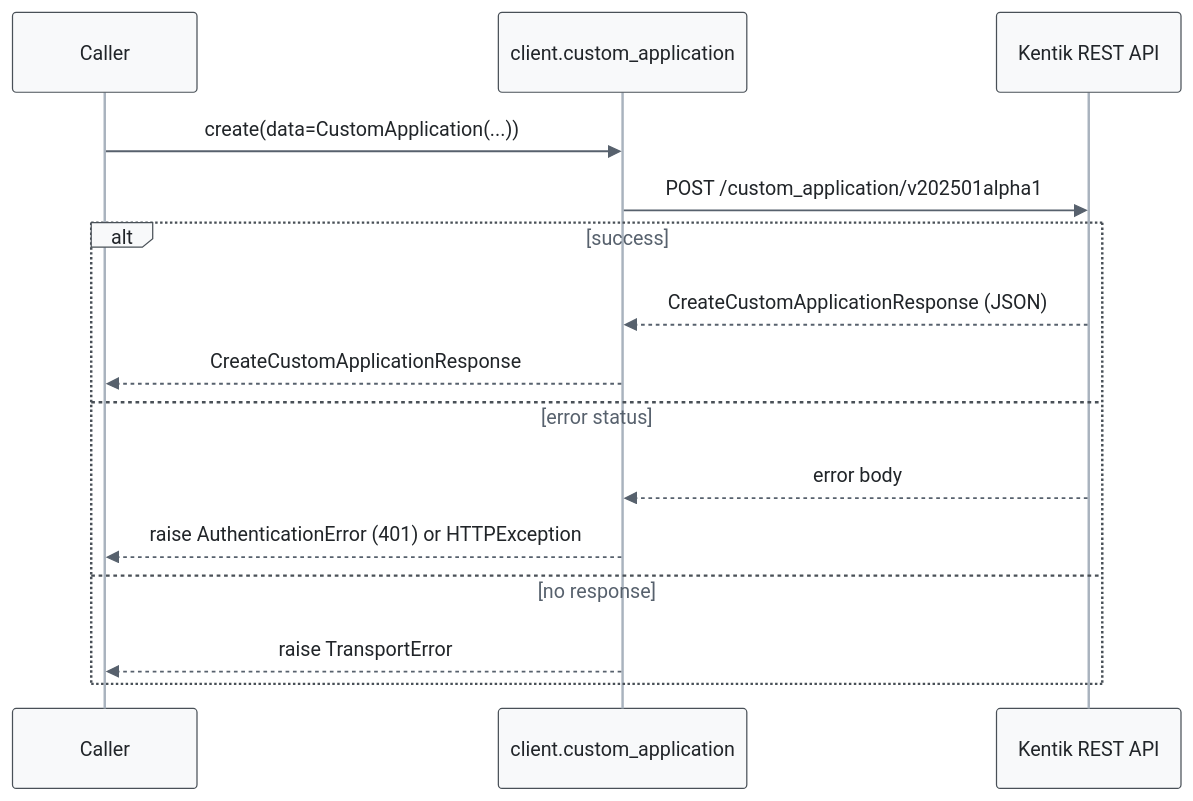
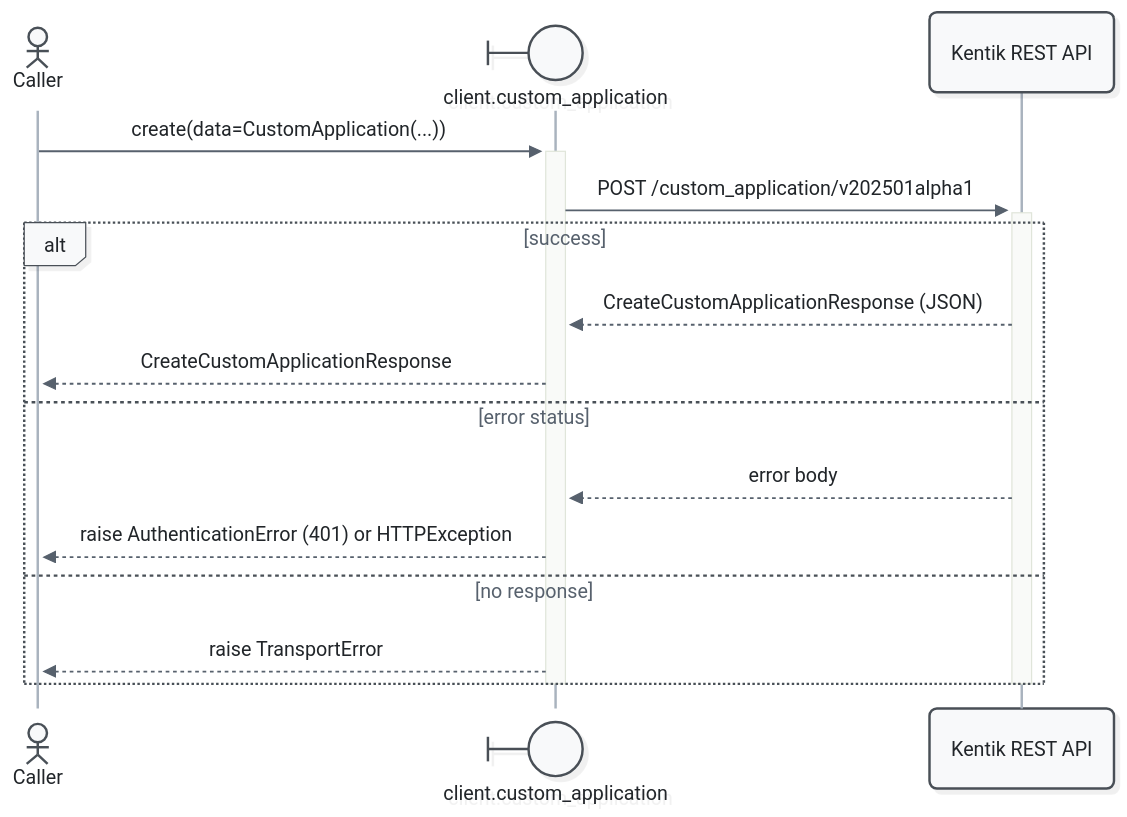
One commit to alexdearaujo/community_sdk_python changed the third of 11 diagrams in docs/sphinx/services/custom_application.md. Above: the diagram before and after it, drawn with Mermaid. The commit also changed other lines of this file and 52 other files, not shown here.

First line of the commit message:
docs: Mermaid 12 sequence diagrams with participant types and path colors

````diff
--- a/docs/sphinx/services/custom_application.md
+++ b/docs/sphinx/services/custom_application.md
@@ -103,19 +108,21 @@
 ```mermaid
-%%{init: {"theme": "base", "fontFamily": "ui-monospace, SFMono-Regular, Menlo, monospace", "themeVariables": {"fontFamily": "ui-monospace, SFMono-Regular, Menlo, monospace", "primaryColor": "#f8f9fa", "primaryBorderColor": "#495057", "primaryTextColor": "#212529", "textColor": "#212529", "lineColor": "#77818c", "edgeLabelBackground": "#ffffff", "actorBkg": "#f8f9fa", "actorBorder": "#495057", "actorTextColor": "#212529", "actorLineColor": "#a9b3be", "signalColor": "#57616d", "signalTextColor": "#212529", "labelBoxBkgColor": "#f8f9fa", "labelBoxBorderColor": "#495057", "labelTextColor": "#212529", "loopTextColor": "#57616d", "noteBkgColor": "#fff9db", "noteBorderColor": "#f08c00", "noteTextColor": "#a35a00"}, "flowchart": {"curve": "step", "nodeSpacing": 30, "rankSpacing": 70, "wrappingWidth": 400}}}%%
+%%{init: {"theme": "redux", "look": "neo", "layout": "dagre", "fontFamily": "ui-monospace, SFMono-Regular, Menlo, monospace", "themeVariables": {"fontFamily": "ui-monospace, SFMono-Regular, Menlo, monospace", "primaryColor": "#f8f9fa", "primaryBorderColor": "#495057", "primaryTextColor": "#212529", "textColor": "#212529", "lineColor": "#77818c", "edgeLabelBackground": "#ffffff", "actorBkg": "#f8f9fa", "actorBorder": "#495057", "actorTextColor": "#212529", "actorLineColor": "#a9b3be", "signalColor": "#57616d", "signalTextColor": "#212529", "labelBoxBkgColor": "#f8f9fa", "labelBoxBorderColor": "#495057", "labelTextColor": "#212529", "loopTextColor": "#57616d", "noteBkgColor": "#fff9db", "noteBorderColor": "#f08c00", "noteTextColor": "#a35a00"}, "sequence": {"activationWidth": 16}, "flowchart": {"curve": "step", "nodeSpacing": 30, "rankSpacing": 70, "wrappingWidth": 400}}}%%
 sequenceDiagram
-    participant C as Caller
-    participant W as client.custom_application
+    actor C as Caller
+    participant W@{ "type": "boundary" } as client.custom_application
     participant API as Kentik REST API
 
-    C->>W: create(data=CustomApplication(...))
-    W->>API: POST /custom_application/v202501alpha1
+    C->>+W: create(data=CustomApplication(...))
+    W->>+API: POST /custom_application/v202501alpha1
     alt success
         API-->>W: CreateCustomApplicationResponse (JSON)
         W-->>C: CreateCustomApplicationResponse
     else error status
         API-->>W: error body
         W-->>C: raise AuthenticationError (401) or HTTPException
     else no response
         W-->>C: raise TransportError
     end
+    deactivate API
+    deactivate W
 ```
````
